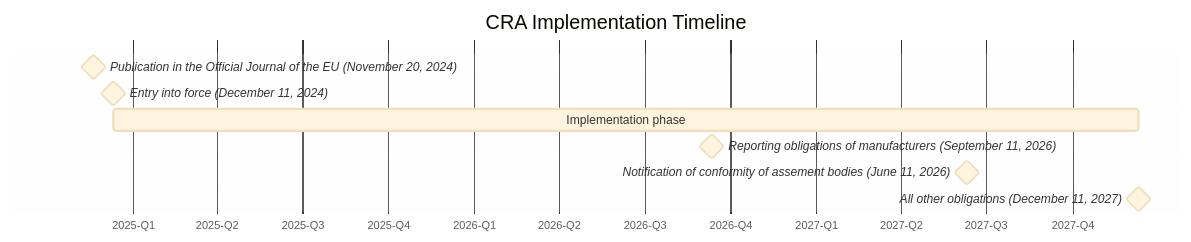
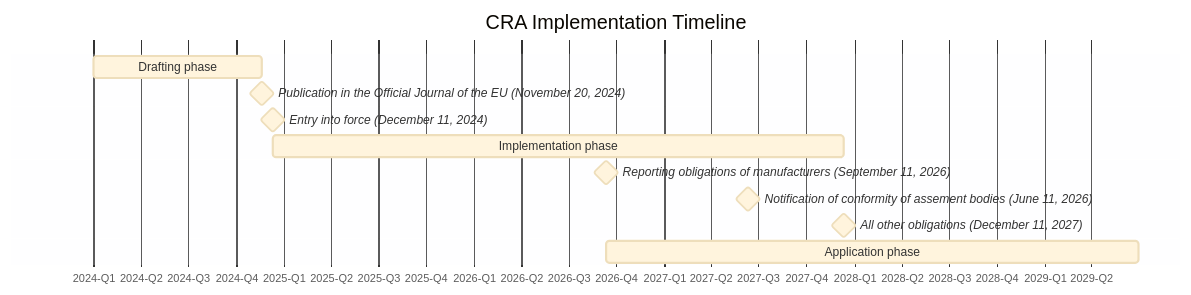
The diagram in faq.md (orcwg/cra-hub), drawn with Mermaid before and after one commit.

Commit message:
Improve FAQ timeline

````diff
--- a/faq.md
+++ b/faq.md
@@ -18,14 +18,17 @@
 ```mermaid
 %%{init: {'theme':'base'}}%%
 gantt
     title CRA Implementation Timeline
     dateFormat  YYYY-MM-DD
     axisFormat %Y-Q%q
+    tickInterval 3month
 
+    Drafting phase: 2024-01-01, 2024-11-20
     Publication in the Official Journal of the EU (November 20, 2024): milestone, 2024-11-20, 5m
     Entry into force (December 11, 2024): milestone, 2024-12-11, 5m
     Implementation phase: 2024-12-11, 3y
     Reporting obligations of manufacturers (September 11, 2026): milestone, 2026-09-11, 5m
     Notification of conformity of assement bodies (June 11, 2026): milestone, 2027-06-11, 5m
     All other obligations (December 11, 2027): milestone, 2027-12-11, 5m
+    Application phase: 2026-09-11, 2029-06-30
 ```
````
